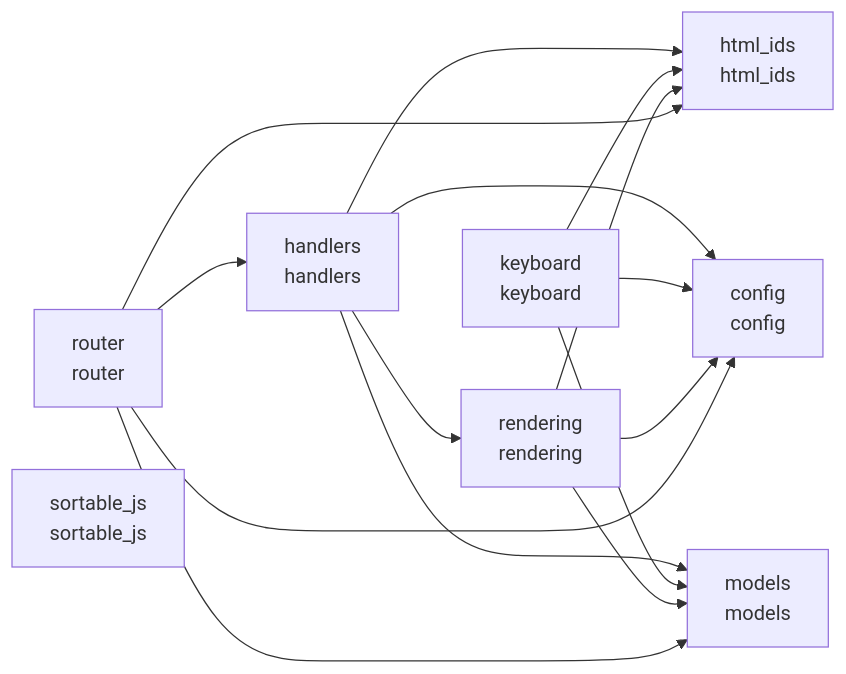
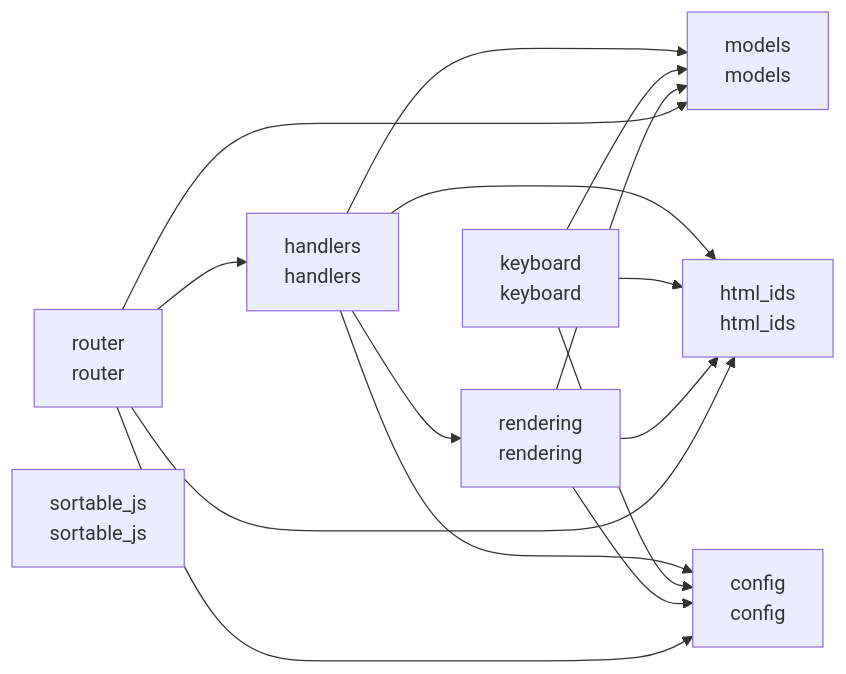
The diagram in README.md (cj-mills/cjm-fasthtml-sortable-queue), drawn with Mermaid before and after one commit. The commit also changed other lines of this file and 3 other files, not shown here.

````diff
--- a/README.md
+++ b/README.md
@@ -28,26 +28,26 @@
 ``` mermaid
 graph LR
     config[config<br/>config]
     handlers[handlers<br/>handlers]
     html_ids[html_ids<br/>html_ids]
     keyboard[keyboard<br/>keyboard]
     models[models<br/>models]
     rendering[rendering<br/>rendering]
     router[router<br/>router]
     sortable_js[sortable_js<br/>sortable_js]
 
-    handlers --> config
     handlers --> models
     handlers --> html_ids
+    handlers --> config
     handlers --> rendering
+    keyboard --> models
+    keyboard --> html_ids
     keyboard --> config
-    keyboard --> html_ids
-    keyboard --> models
+    rendering --> html_ids
+    rendering --> models
     rendering --> config
-    rendering --> models
-    rendering --> html_ids
+    router --> models
+    router --> handlers
     router --> html_ids
     router --> config
-    router --> handlers
-    router --> models
 ```
````
